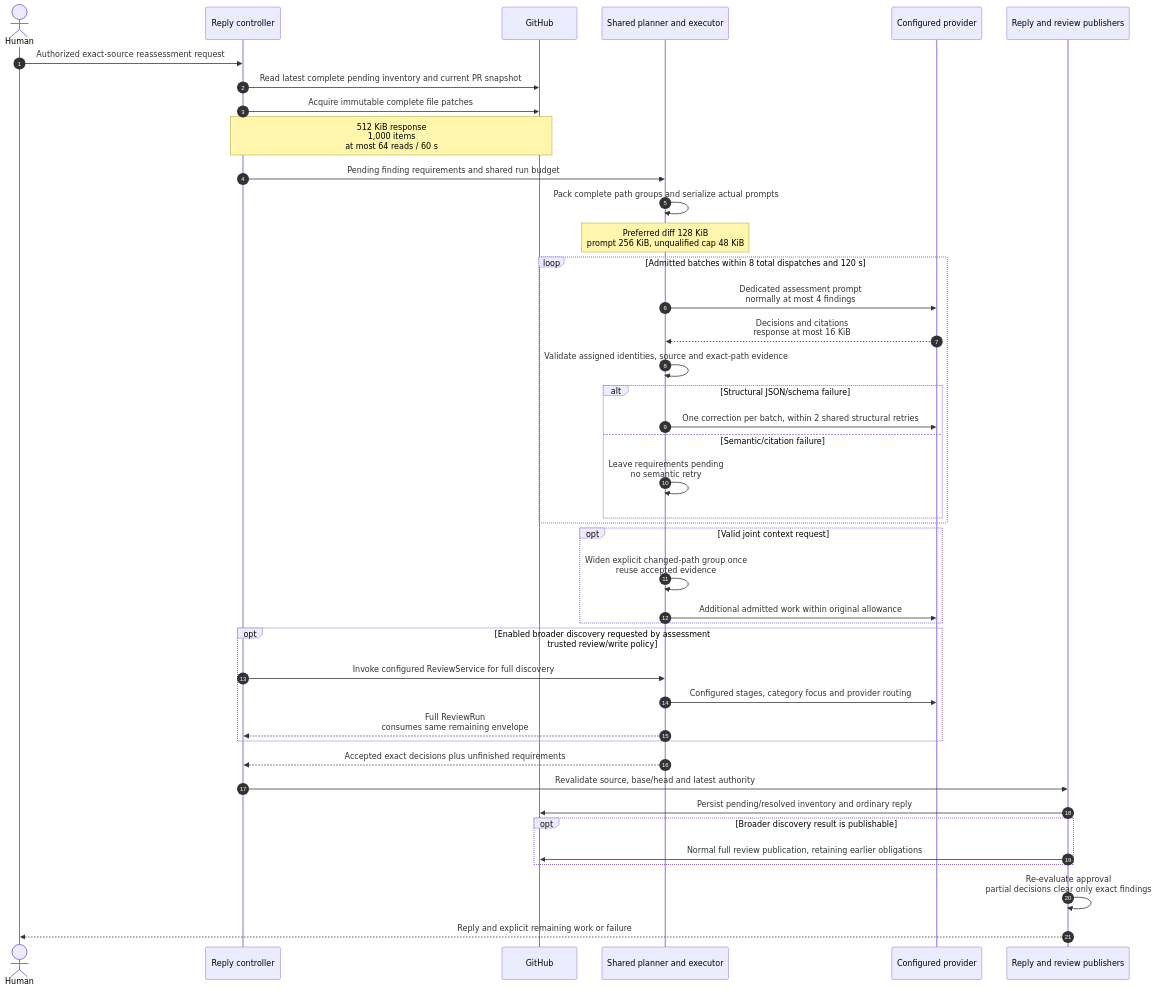
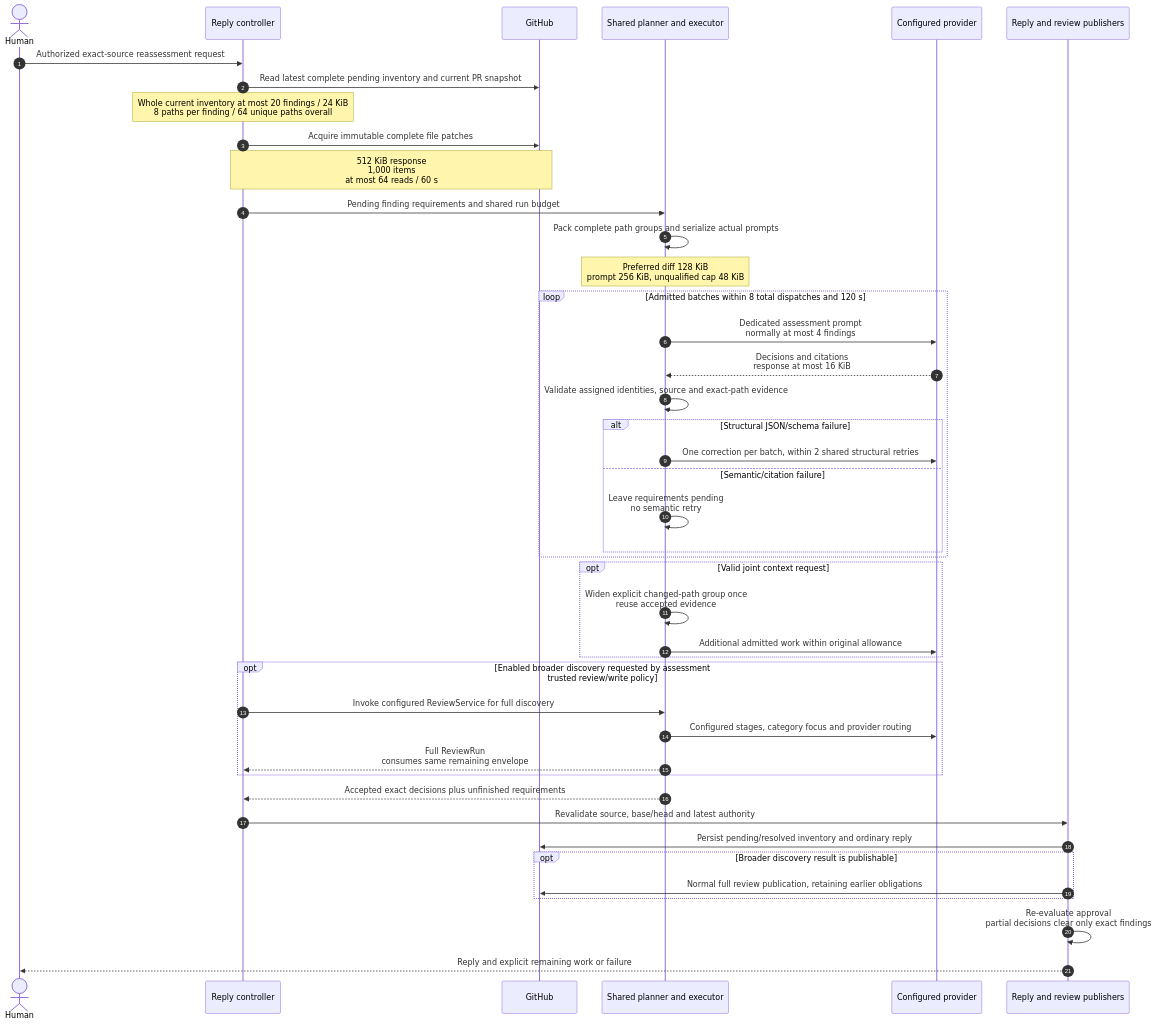
The third of 4 diagrams in docs/review-pipelines.md (malsabbagh/review-sensei), drawn with Mermaid before and after one commit. The commit also changed other lines of this file, not shown here.

Commit message:
docs: distinguish whole inventory and provider batch limits

````diff
--- a/docs/review-pipelines.md
+++ b/docs/review-pipelines.md
@@ -209,44 +209,45 @@
 ```mermaid
 sequenceDiagram
     autonumber
     actor Human
     participant Host as Reply controller
     participant GitHub
     participant Planner as Shared planner and executor
     participant Model as Configured provider
     participant Publish as Reply and review publishers
     Human->>Host: Authorized exact-source reassessment request
     Host->>GitHub: Read latest complete pending inventory and current PR snapshot
+    Note over Host: Whole current inventory at most 20 findings / 24 KiB<br/>8 paths per finding / 64 unique paths overall
     Host->>GitHub: Acquire immutable complete file patches
     Note over Host,GitHub: 512 KiB response<br/> 1,000 items<br/> at most 64 reads / 60 s
     Host->>Planner: Pending finding requirements and shared run budget
     Planner->>Planner: Pack complete path groups and serialize actual prompts
     Note over Planner: Preferred diff 128 KiB<br/> prompt 256 KiB, unqualified cap 48 KiB
     loop Admitted batches within 8 total dispatches and 120 s
         Planner->>Model: Dedicated assessment prompt<br/> normally at most 4 findings
         Model-->>Planner: Decisions and citations<br/> response at most 16 KiB
         Planner->>Planner: Validate assigned identities, source and exact-path evidence
         alt Structural JSON/schema failure
             Planner->>Model: One correction per batch, within 2 shared structural retries
         else Semantic/citation failure
             Planner->>Planner: Leave requirements pending<br/> no semantic retry
         end
     end
     opt Valid joint context request
         Planner->>Planner: Widen explicit changed-path group once<br/> reuse accepted evidence
         Planner->>Model: Additional admitted work within original allowance
     end
     opt Enabled broader discovery requested by assessment<br/> trusted review/write policy
         Host->>Planner: Invoke configured ReviewService for full discovery
         Planner->>Model: Configured stages, category focus and provider routing
         Planner-->>Host: Full ReviewRun<br/> consumes same remaining envelope
     end
     Planner-->>Host: Accepted exact decisions plus unfinished requirements
     Host->>Publish: Revalidate source, base/head and latest authority
     Publish->>GitHub: Persist pending/resolved inventory and ordinary reply
     opt Broader discovery result is publishable
         Publish->>GitHub: Normal full review publication, retaining earlier obligations
     end
     Publish->>Publish: Re-evaluate approval<br/> partial decisions clear only exact findings
     Publish-->>Human: Reply and explicit remaining work or failure
 ```
````
